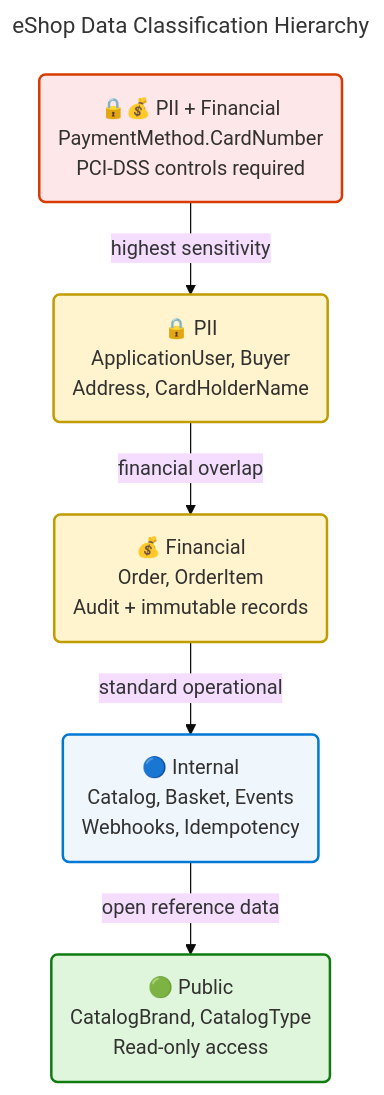
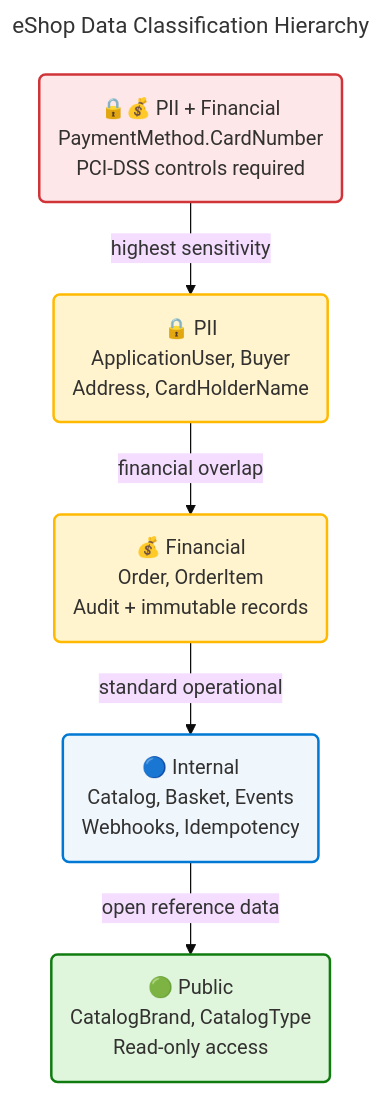
Before and after one commit to Evilazaro/eShop: the third of 7 diagrams in docs/architecture/data-architecture.md, drawn with Mermaid. The commit also changed 1 other file, not shown here.

Commit message:
refactor: enhance flowchart styles and configurations for improved clarity and consistency

````diff
--- a/docs/architecture/data-architecture.md
+++ b/docs/architecture/data-architecture.md
@@ -378,43 +378,43 @@
 ```mermaid
 ---
 title: eShop Data Classification Hierarchy
 config:
   theme: base
   look: classic
   layout: dagre
   themeVariables:
     fontSize: '16px'
   flowchart:
     htmlLabels: true
 ---
 flowchart TD
     accTitle: eShop Data Classification Hierarchy
     accDescr: Shows the five-tier data classification hierarchy from highest sensitivity PII + Financial down to Public, with required controls for each tier
 
     %% ═══════════════════════════════════════════════════════════════════════════
     %% AZURE / FLUENT ARCHITECTURE PATTERN v2.0
     %% (Semantic + Structural + Font + Accessibility Governance)
     %% ═══════════════════════════════════════════════════════════════════════════
     %% PHASE 1 - FLUENT UI: All styling uses approved Fluent UI palette only
     %% PHASE 2 - GROUPS: Every subgraph has semantic color via style directive
     %% PHASE 3 - COMPONENTS: Every node has semantic classDef + icon prefix
     %% PHASE 4 - ACCESSIBILITY: accTitle/accDescr present, WCAG AA contrast
     %% PHASE 5 - STANDARD: Governance block present, classDefs centralized
     %% ═══════════════════════════════════════════════════════════════════════════
 
     piiFinancial("🔒💰 PII + Financial\nPaymentMethod.CardNumber\nPCI-DSS controls required"):::danger
     pii("🔒 PII\nApplicationUser, Buyer\nAddress, CardHolderName"):::warning
     financial("💰 Financial\nOrder, OrderItem\nAudit + immutable records"):::warning
     internal("🔵 Internal\nCatalog, Basket, Events\nWebhooks, Idempotency"):::core
     public("🟢 Public\nCatalogBrand, CatalogType\nRead-only access"):::success
 
     piiFinancial -->|"highest sensitivity"| pii
     pii -->|"financial overlap"| financial
     financial -->|"standard operational"| internal
     internal -->|"open reference data"| public
 
-    classDef danger fill:#FDE7E9,stroke:#D83B01,stroke-width:2px,color:#323130
-    classDef warning fill:#FFF4CE,stroke:#C19C00,stroke-width:2px,color:#323130
+    classDef danger fill:#FDE7E9,stroke:#D13438,stroke-width:2px,color:#323130
+    classDef warning fill:#FFF4CE,stroke:#FFB900,stroke-width:2px,color:#323130
     classDef core fill:#EFF6FC,stroke:#0078D4,stroke-width:2px,color:#323130
     classDef success fill:#DFF6DD,stroke:#107C10,stroke-width:2px,color:#323130
 ```
````
